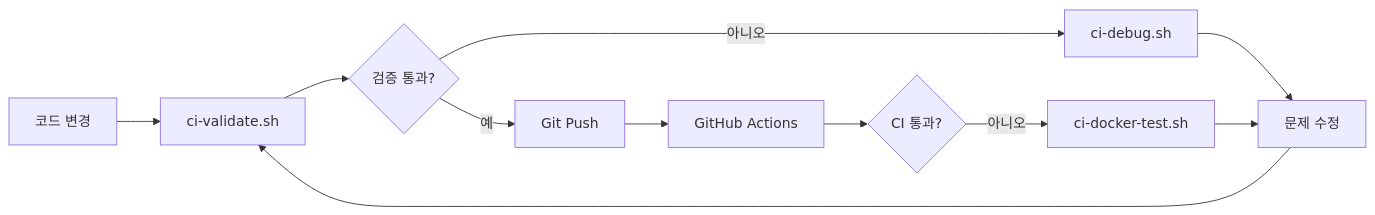
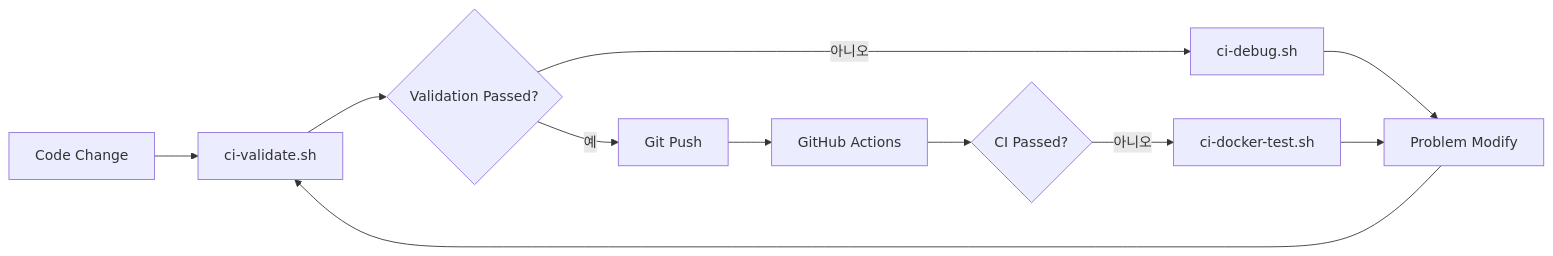
Before and after one commit to iml1111/musashi: the diagram in CI_DEBUG_GUIDE.md, drawn with Mermaid. The commit also changed other lines of this file and 39 other files, not shown here.

````diff
--- a/CI_DEBUG_GUIDE.md
+++ b/CI_DEBUG_GUIDE.md
@@ -135,13 +135,13 @@
 ```mermaid
 graph LR
-    A[코드 변경] --> B[ci-validate.sh]
-    B --> C{검증 통과?}
+    A[Code Change] --> B[ci-validate.sh]
+    B --> C{Validation Passed?}
     C -->|예| D[Git Push]
     C -->|아니오| E[ci-debug.sh]
-    E --> F[문제 수정]
+    E --> F[Problem Modify]
     F --> B
     D --> G[GitHub Actions]
-    G --> H{CI 통과?}
+    G --> H{CI Passed?}
     H -->|아니오| I[ci-docker-test.sh]
     I --> F
 ```
````
